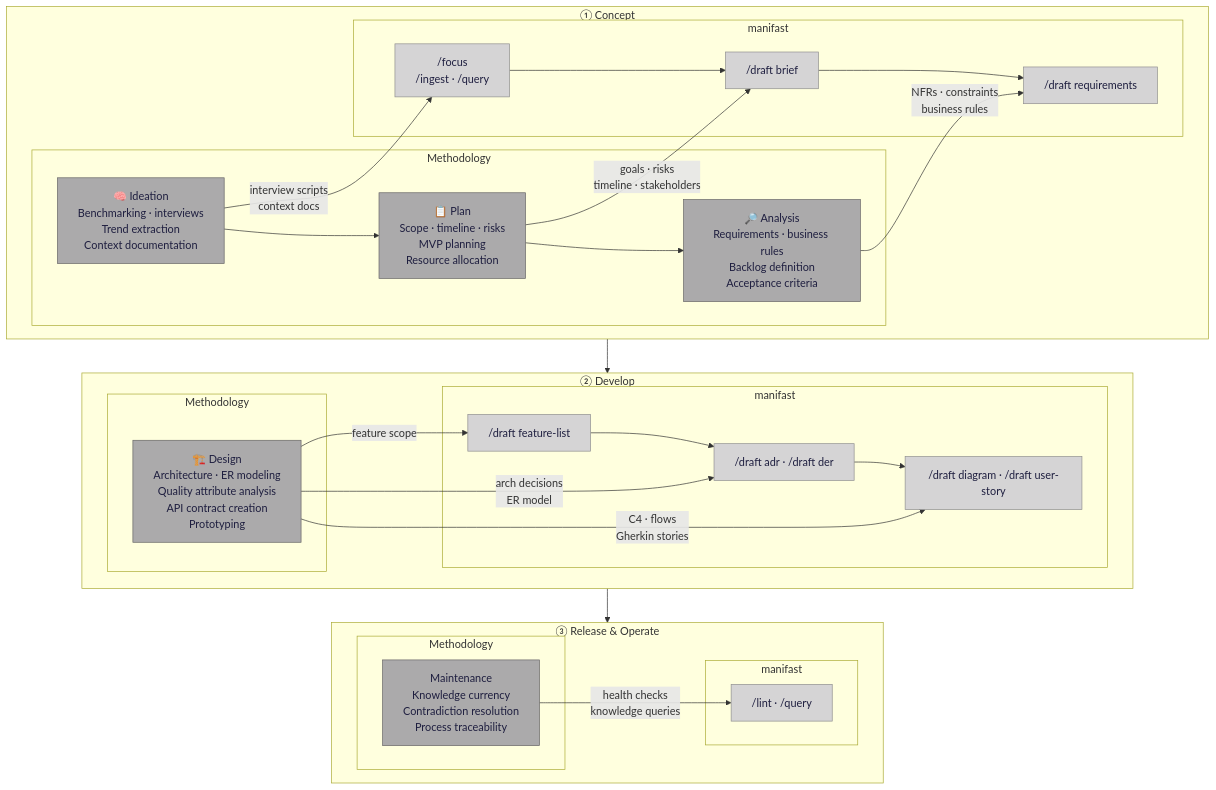
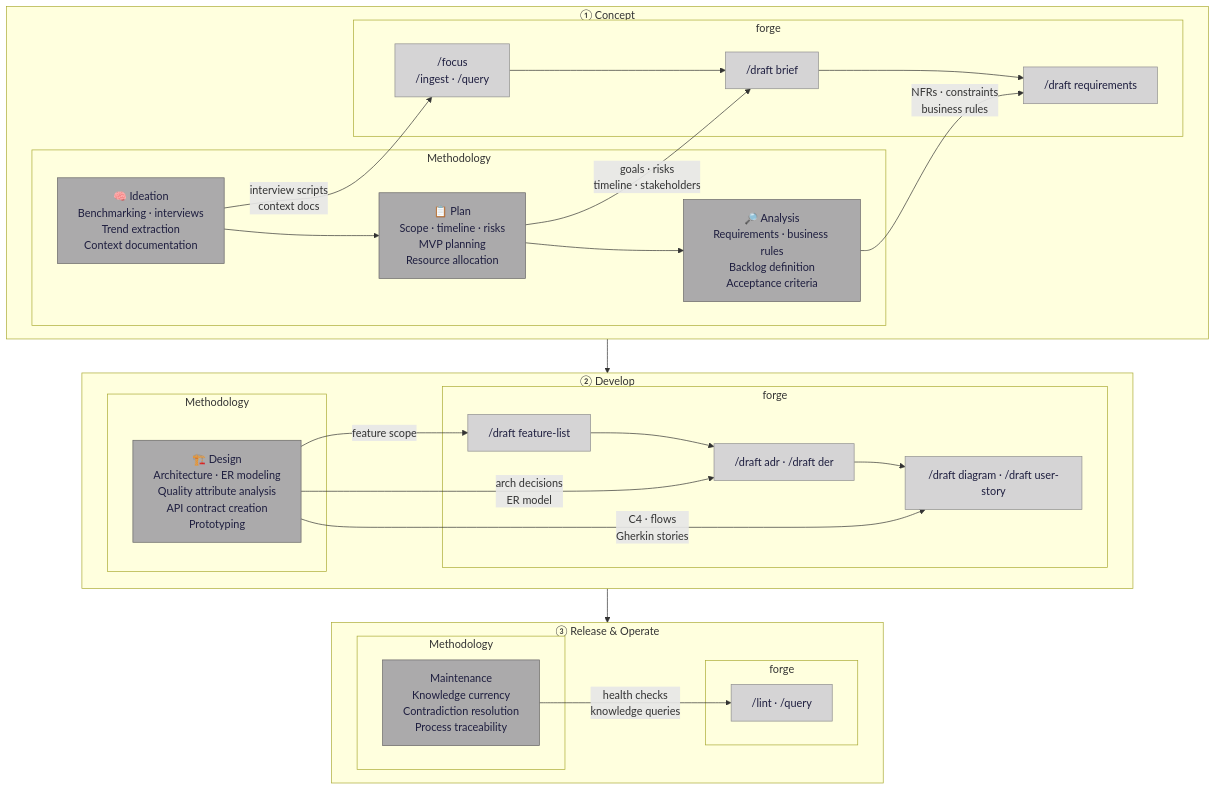
One commit to cooperacode/forge changed the first of 9 diagrams in RESEARCH.md. Above: the diagram before and after it, drawn with Mermaid. The commit also changed other lines of this file and 41 other files, not shown here.

````diff
--- a/RESEARCH.md
+++ b/RESEARCH.md
@@ -41,73 +41,73 @@
 ```mermaid
 flowchart TD
 
     subgraph CONCEPT["① Concept"]
         direction LR
 
         subgraph CONCEPT_P["Methodology"]
             CI["🧠 Ideation<br/>Benchmarking · interviews<br/>Trend extraction<br/>Context documentation"]
             CP["📋 Plan<br/>Scope · timeline · risks<br/>MVP planning<br/>Resource allocation"]
             CA["🔎 Analysis<br/>Requirements · business rules<br/>Backlog definition<br/>Acceptance criteria"]
             CI --> CP --> CA
         end
 
-        subgraph CONCEPT_M["manifast"]
+        subgraph CONCEPT_M["forge"]
             CM1["/focus<br/>/ingest · /query"]
             CM2["/draft brief"]
             CM3["/draft requirements"]
             CM1 --> CM2 --> CM3
         end
 
         CI -->|"interview scripts<br/>context docs"| CM1
         CP -->|"goals · risks<br/>timeline · stakeholders"| CM2
         CA -->|"NFRs · constraints<br/>business rules"| CM3
     end
 
     subgraph DEVELOP["② Develop"]
         direction LR
 
         subgraph DEVELOP_P["Methodology"]
             DD["🏗️ Design<br/>Architecture · ER modeling<br/>Quality attribute analysis<br/>API contract creation<br/>Prototyping"]
         end
 
-        subgraph DEVELOP_M["manifast"]
+        subgraph DEVELOP_M["forge"]
             DM1["/draft feature-list"]
             DM2["/draft adr · /draft der"]
             DM3["/draft diagram · /draft user-story"]
             DM1 --> DM2 --> DM3
         end
 
         DD -->|"feature scope"| DM1
         DD -->|"arch decisions<br/>ER model"| DM2
         DD -->|"C4 · flows<br/>Gherkin stories"| DM3
     end
 
     subgraph OPERATE["③ Release & Operate"]
         direction LR
 
         subgraph OPERATE_P["Methodology"]
             OA["Maintenance<br/>Knowledge currency<br/>Contradiction resolution<br/>Process traceability"]
         end
 
-        subgraph OPERATE_M["manifast"]
+        subgraph OPERATE_M["forge"]
             OM["/lint · /query"]
         end
 
         OA -->|"health checks<br/>knowledge queries"| OM
     end
 
     CONCEPT --> DEVELOP --> OPERATE
 
     style CI fill:#abaaab,stroke:#656465,color:#1e1e3f
     style CP fill:#abaaab,stroke:#656465,color:#1e1e3f
     style CA fill:#abaaab,stroke:#656465,color:#1e1e3f
     style DD fill:#abaaab,stroke:#656465,color:#1e1e3f
     style OA fill:#abaaab,stroke:#656465,color:#1e1e3f
     style CM1 fill:#d5d4d5,stroke:#8f8e8f,color:#1e1e3f
     style CM2 fill:#d5d4d5,stroke:#8f8e8f,color:#1e1e3f
     style CM3 fill:#d5d4d5,stroke:#8f8e8f,color:#1e1e3f
     style DM1 fill:#d5d4d5,stroke:#8f8e8f,color:#1e1e3f
     style DM2 fill:#d5d4d5,stroke:#8f8e8f,color:#1e1e3f
     style DM3 fill:#d5d4d5,stroke:#8f8e8f,color:#1e1e3f
     style OM  fill:#d5d4d5,stroke:#8f8e8f,color:#1e1e3f
 ```
````
